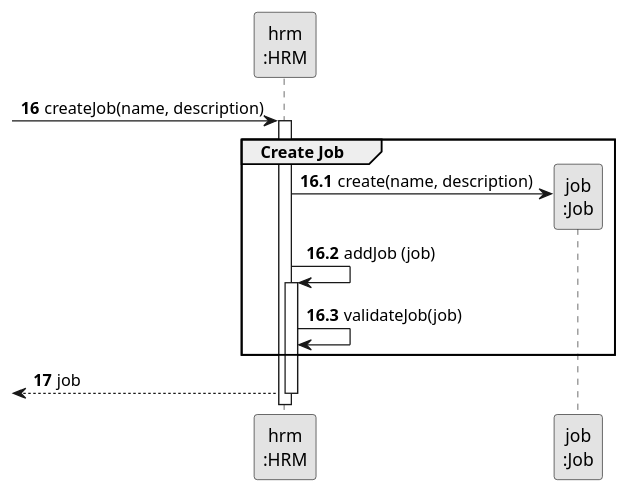
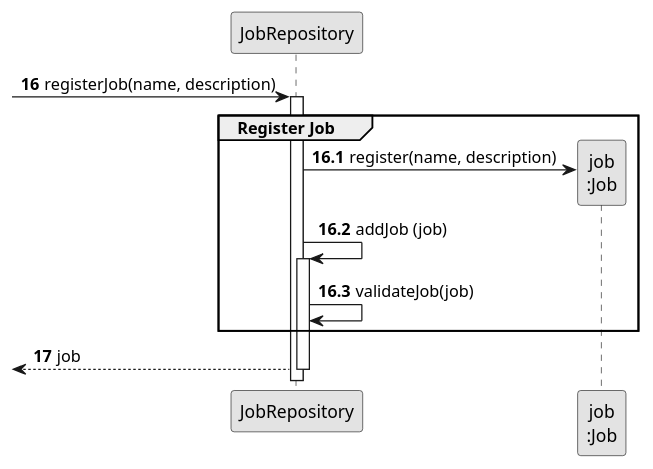
The diagram in docs/sprintA&B/us002/03.design/puml/us002-sequence-diagram-partial-create-job.puml (daniel41silva05/ISEP_2023_2024_LAPR2), drawn with PlantUML before and after one commit. The commit also changed 9 other files, not shown here.

```diff
--- a/docs/sprintA&B/us002/03.design/puml/us002-sequence-diagram-partial-create-job.puml
+++ b/docs/sprintA&B/us002/03.design/puml/us002-sequence-diagram-partial-create-job.puml
@@ -1,34 +1,29 @@
 @startuml
 skinparam monochrome true
 skinparam packageStyle rectangle
 skinparam shadowing false
 
-participant "hrm\n:HRM" as HRM
+participant "JobRepository" as JOBS
 participant "job\n:Job" as JOB
 
 autonumber 16
--> HRM: createJob(name, description)
+-> JOBS: registerJob(name, description)
 
 autonumber 16.1
-activate HRM
-    group Create Job
+activate JOBS
+    group Register Job
 
-        HRM -> JOB**: create(name, description)
-        HRM -> HRM: addJob (job)
+        JOBS -> JOB**: register(name, description)
+        JOBS -> JOBS: addJob (job)
 
-        activate HRM
-            HRM -> HRM: validateJob(job)
-'            activate HRM
-'                HRM --> HRM
-'            deactivate HRM
-
-'            HRM --> HRM
-'        deactivate HRM
+        activate JOBS
+            JOBS -> JOBS: validateJob(job)
+'
     end
 
     autonumber 17
-    <-- HRM : job
-deactivate HRM
+    <-- JOBS : job
+deactivate JOBS
 
 
 @enduml
```
